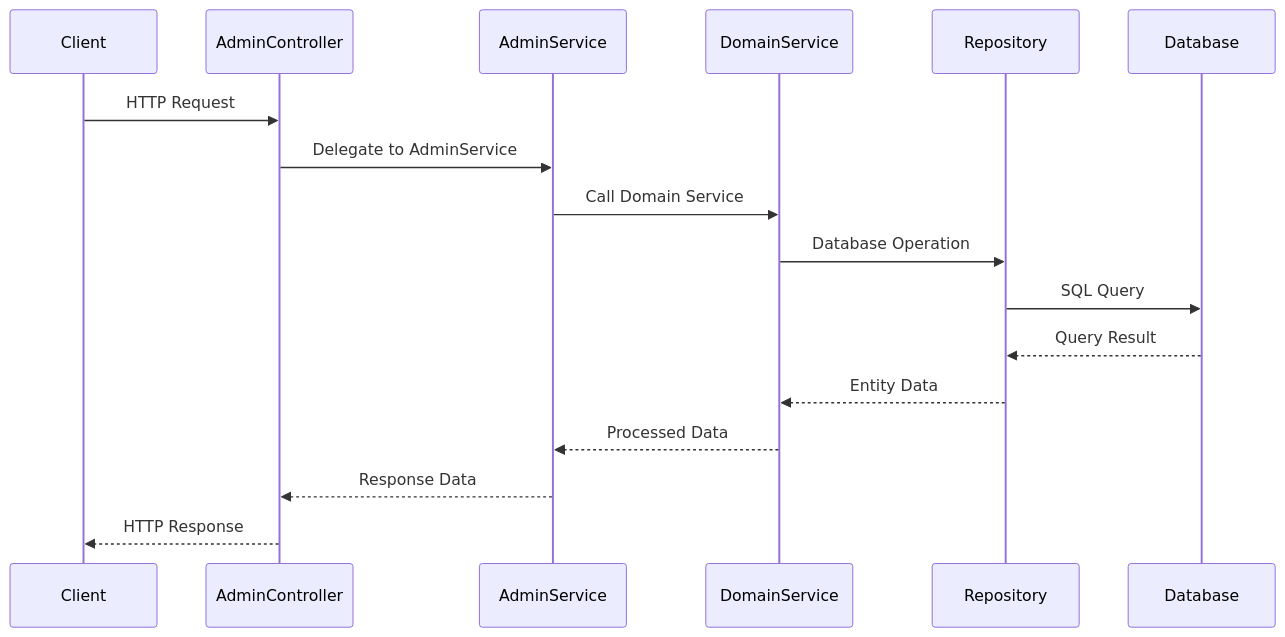
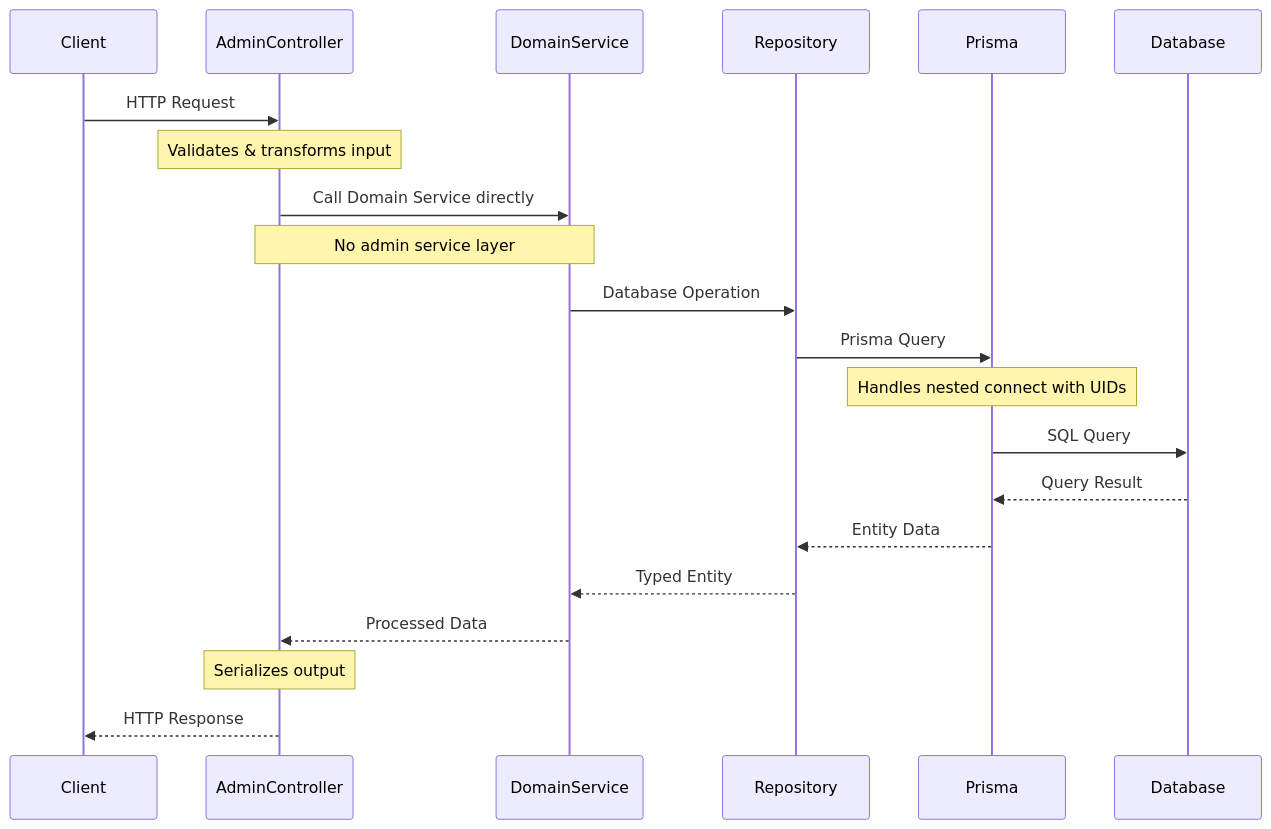
Before and after one commit to allenlin90/eridu-services: the third of 4 diagrams in apps/erify_api/docs/ARCHITECTURE.md, drawn with Mermaid. The commit also changed other lines of this file and 119 other files, not shown here.

````diff
--- a/apps/erify_api/docs/ARCHITECTURE.md
+++ b/apps/erify_api/docs/ARCHITECTURE.md
@@ -354,20 +505,24 @@
 ```mermaid
 sequenceDiagram
     participant Client
     participant AdminController
-    participant AdminService
     participant DomainService
     participant Repository
+    participant Prisma
     participant Database
     
     Client->>AdminController: HTTP Request
-    AdminController->>AdminService: Delegate to AdminService
-    AdminService->>DomainService: Call Domain Service
+    Note over AdminController: Validates & transforms input
+    AdminController->>DomainService: Call Domain Service directly
+    Note over AdminController,DomainService: No admin service layer
     DomainService->>Repository: Database Operation
-    Repository->>Database: SQL Query
-    Database-->>Repository: Query Result
-    Repository-->>DomainService: Entity Data
-    DomainService-->>AdminService: Processed Data
-    AdminService-->>AdminController: Response Data
+    Repository->>Prisma: Prisma Query
+    Note over Prisma: Handles nested connect with UIDs
+    Prisma->>Database: SQL Query
+    Database-->>Prisma: Query Result
+    Prisma-->>Repository: Entity Data
+    Repository-->>DomainService: Typed Entity
+    DomainService-->>AdminController: Processed Data
+    Note over AdminController: Serializes output
     AdminController-->>Client: HTTP Response
 ```
````
